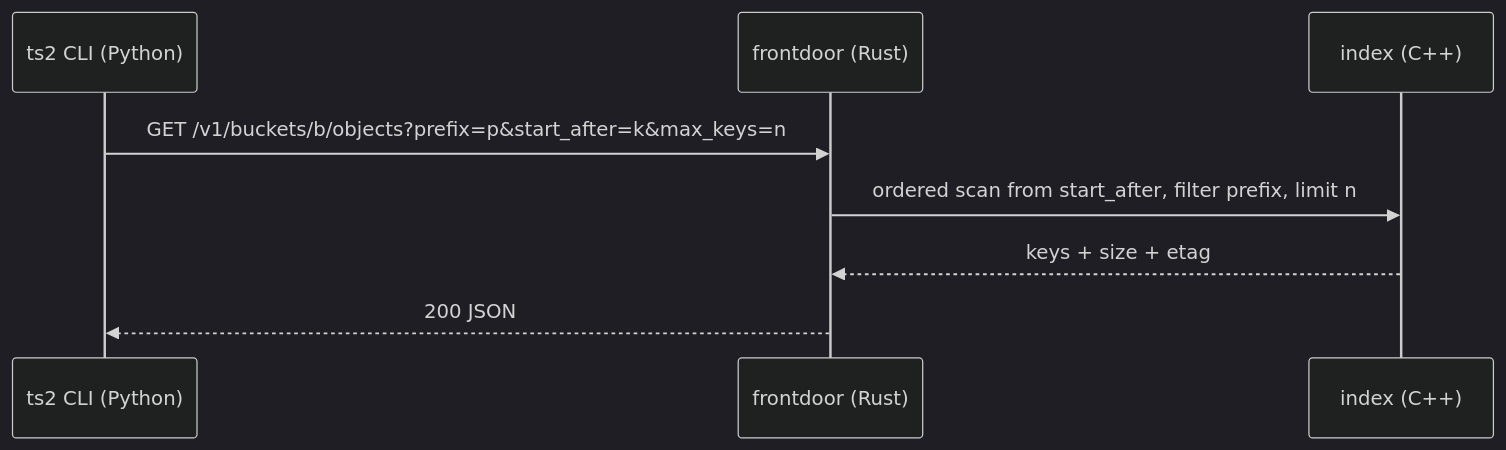
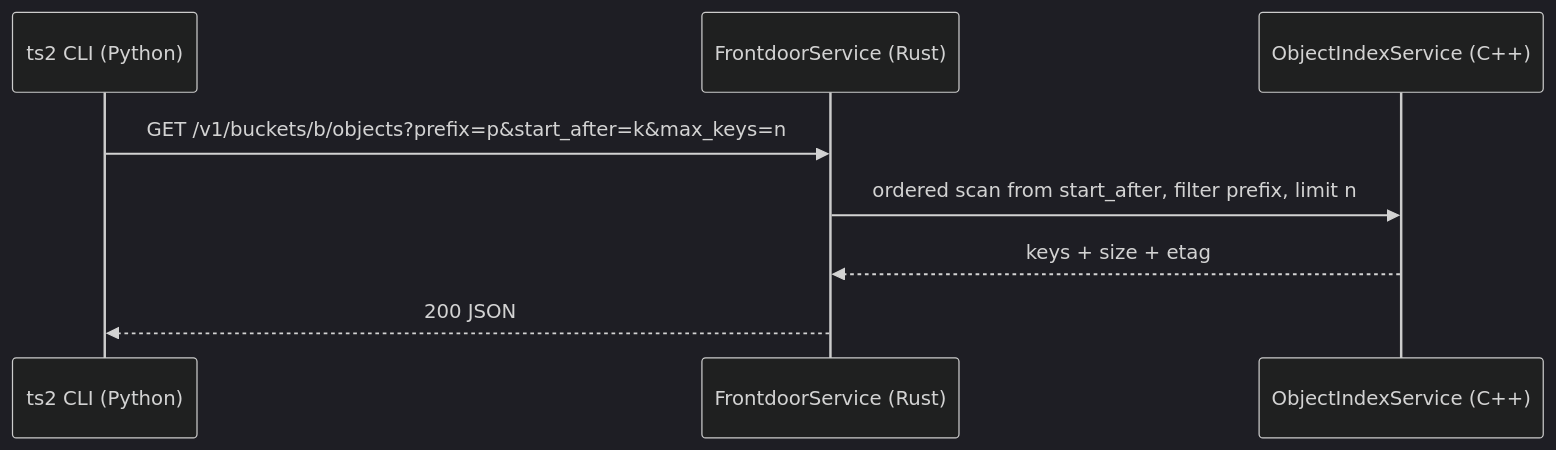
The sixth of 6 diagrams in docs/design/000-system-overview.md (pratikSethi/toy-storage-service), drawn with Mermaid (dark theme) before and after one commit. The commit also changed other lines of this file and 18 other files, not shown here.

````diff
--- a/docs/design/000-system-overview.md
+++ b/docs/design/000-system-overview.md
@@ -187,10 +198,10 @@
 ```mermaid
 sequenceDiagram
   participant C as ts2 CLI (Python)
-  participant G as frontdoor (Rust)
-  participant M as index (C++)
+  participant G as FrontdoorService (Rust)
+  participant M as ObjectIndexService (C++)
   C->>G: GET /v1/buckets/b/objects?prefix=p&start_after=k&max_keys=n
   G->>M: ordered scan from start_after, filter prefix, limit n
   M-->>G: keys + size + etag
   G-->>C: 200 JSON
 ```
````
